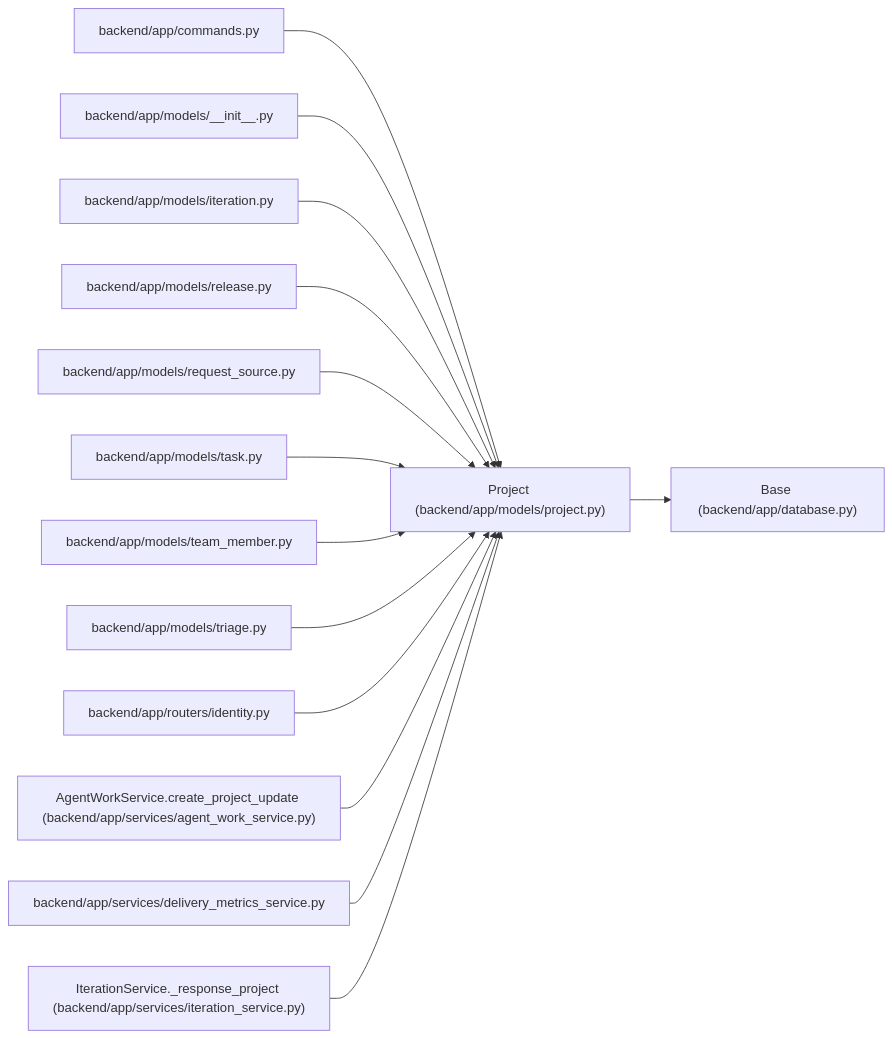
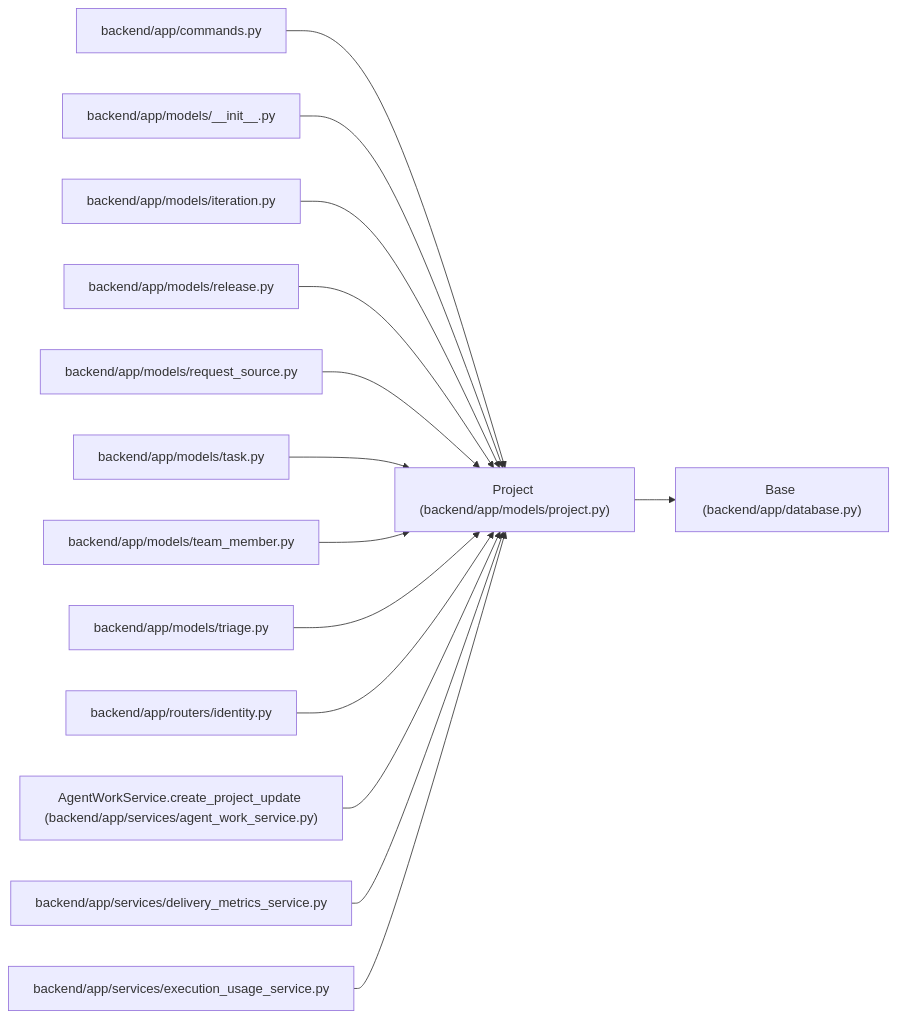
One commit to Denissvgn/WorkChord changed the diagram in docs/llm_wiki/entities/models_project_Project.md. Above: the diagram before and after it, drawn with Mermaid. The commit also changed other lines of this file and 623 other files, not shown here.

Commit message:
docs(wiki): synchronize execution usage and pricing evidence

````diff
--- a/docs/llm_wiki/entities/models_project_Project.md
+++ b/docs/llm_wiki/entities/models_project_Project.md
@@ -48,44 +48,44 @@
 ```mermaid
 flowchart LR
     n0["Project (backend/app/models/project.py)"]
     n1["Base (backend/app/database.py)"]
     n2["backend/app/commands.py"]
     n3["backend/app/models/__init__.py"]
     n4["backend/app/models/iteration.py"]
     n5["backend/app/models/release.py"]
     n6["backend/app/models/request_source.py"]
     n7["backend/app/models/task.py"]
     n8["backend/app/models/team_member.py"]
     n9["backend/app/models/triage.py"]
     n10["backend/app/routers/identity.py"]
     n11["AgentWorkService.create_project_update (backend/app/services/agent_work_service.py)"]
     n12["backend/app/services/delivery_metrics_service.py"]
-    n13["IterationService._response_project (backend/app/services/iteration_service.py)"]
+    n13["backend/app/services/execution_usage_service.py"]
     n0 --> n1
     n2 --> n0
     n3 --> n0
     n4 --> n0
     n5 --> n0
     n6 --> n0
     n7 --> n0
     n8 --> n0
     n9 --> n0
     n10 --> n0
     n11 --> n0
     n12 --> n0
     n13 --> n0
     click n0 "../modules/models_project.md"
     click n1 "../modules/app_database.md"
     click n2 "../modules/commands.md"
     click n3 "../modules/models___init__.md"
     click n4 "../modules/models_iteration.md"
     click n5 "../modules/models_release.md"
     click n6 "../modules/models_request_source.md"
     click n7 "../modules/models_task.md"
     click n8 "../modules/team_member.md"
     click n9 "../modules/models_triage.md"
     click n10 "../modules/routers_identity.md"
     click n11 "../modules/agent_work_service.md"
     click n12 "../modules/delivery_metrics_service.md"
-    click n13 "../modules/iteration_service.md"
+    click n13 "../modules/execution_usage_service.md"
 ```
````
